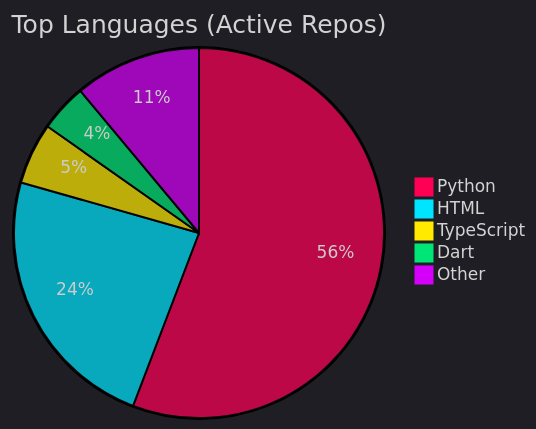
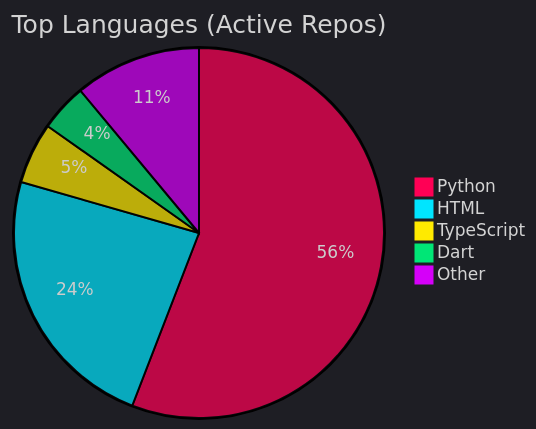
The diagram in README.md (Nzettodess/Nzettodess), drawn with Mermaid before and after one commit. The commit also changed other lines of this file, not shown here.

Commit message:
Update recent activity [skip ci]

````diff
--- a/README.md
+++ b/README.md
@@ -35,9 +35,9 @@
 ```mermaid
 %%{init: {'theme': 'dark', 'themeVariables': { 'pie1': '#FF0055', 'pie2': '#00E5FF', 'pie3': '#FFEA00', 'pie4': '#00E676', 'pie5': '#D500F9' }}}%%
 pie title Top Languages (Active Repos)
-    "Python" : 55.80
-    "HTML" : 23.60
-    "TypeScript" : 5.36
-    "Dart" : 4.17
-    "Other" : 11.07
+    "Python" : 55.87
+    "HTML" : 23.57
+    "TypeScript" : 5.35
+    "Dart" : 4.16
+    "Other" : 11.05
 ```
````
